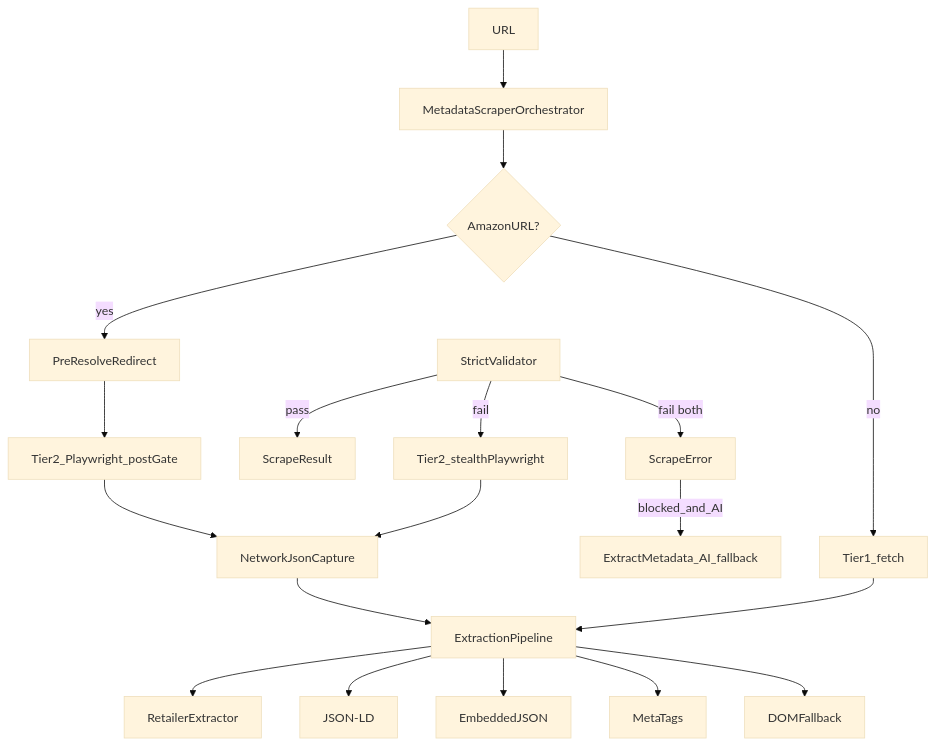
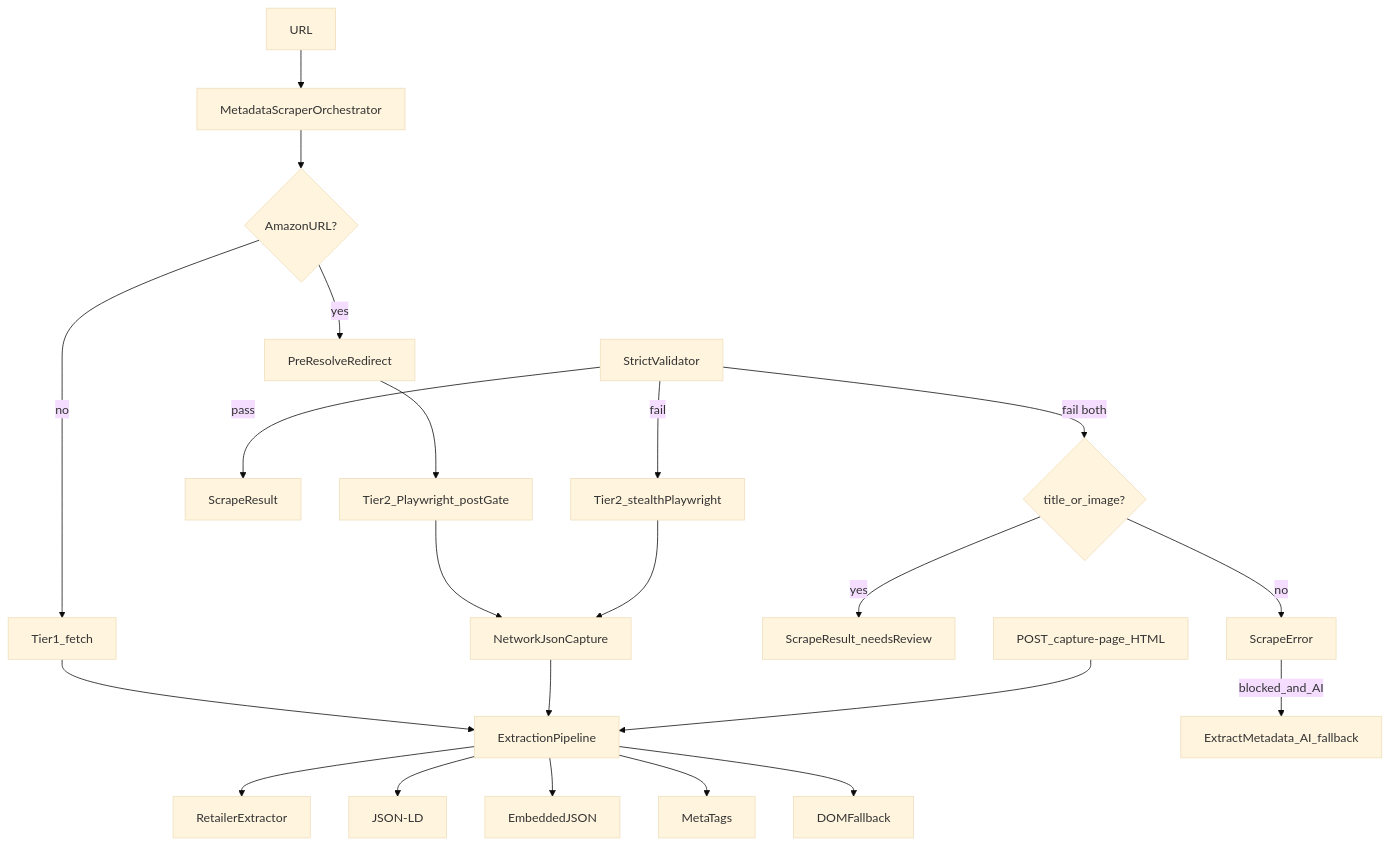
One commit to Tech180/giftistry-bun changed the diagram in docs/architecture.md. Above: the diagram before and after it, drawn with Mermaid (base theme). The commit also changed other lines of this file and 369 other files, not shown here.

````diff
--- a/docs/architecture.md
+++ b/docs/architecture.md
@@ -139,21 +139,24 @@
 ```mermaid
 flowchart TD
   URL[URL] --> Orchestrator[MetadataScraperOrchestrator]
   Orchestrator --> AmazonCheck{AmazonURL?}
   AmazonCheck -->|yes| PreResolve[PreResolveRedirect]
   PreResolve --> PlaywrightAmazon[Tier2_Playwright_postGate]
   AmazonCheck -->|no| Fetch[Tier1_fetch]
   Fetch --> Pipeline[ExtractionPipeline]
   Pipeline --> Retailer[RetailerExtractor]
   Pipeline --> JsonLd[JSON-LD]
   Pipeline --> Embedded[EmbeddedJSON]
   Pipeline --> Meta[MetaTags]
   Pipeline --> Dom[DOMFallback]
   Validate[StrictValidator] -->|pass| Result[ScrapeResult]
   Validate -->|fail| Playwright[Tier2_stealthPlaywright]
   PlaywrightAmazon --> NetworkCapture[NetworkJsonCapture]
   Playwright --> NetworkCapture
   NetworkCapture --> Pipeline
-  Validate -->|fail both| Error[ScrapeError]
+  Validate -->|fail both| Partial{title_or_image?}
+  Partial -->|yes| Review[ScrapeResult_needsReview]
+  Partial -->|no| Error[ScrapeError]
   Error -->|blocked_and_AI| AiFallback[ExtractMetadata_AI_fallback]
+  Capture[POST_capture-page_HTML] --> Pipeline
 ```
````
